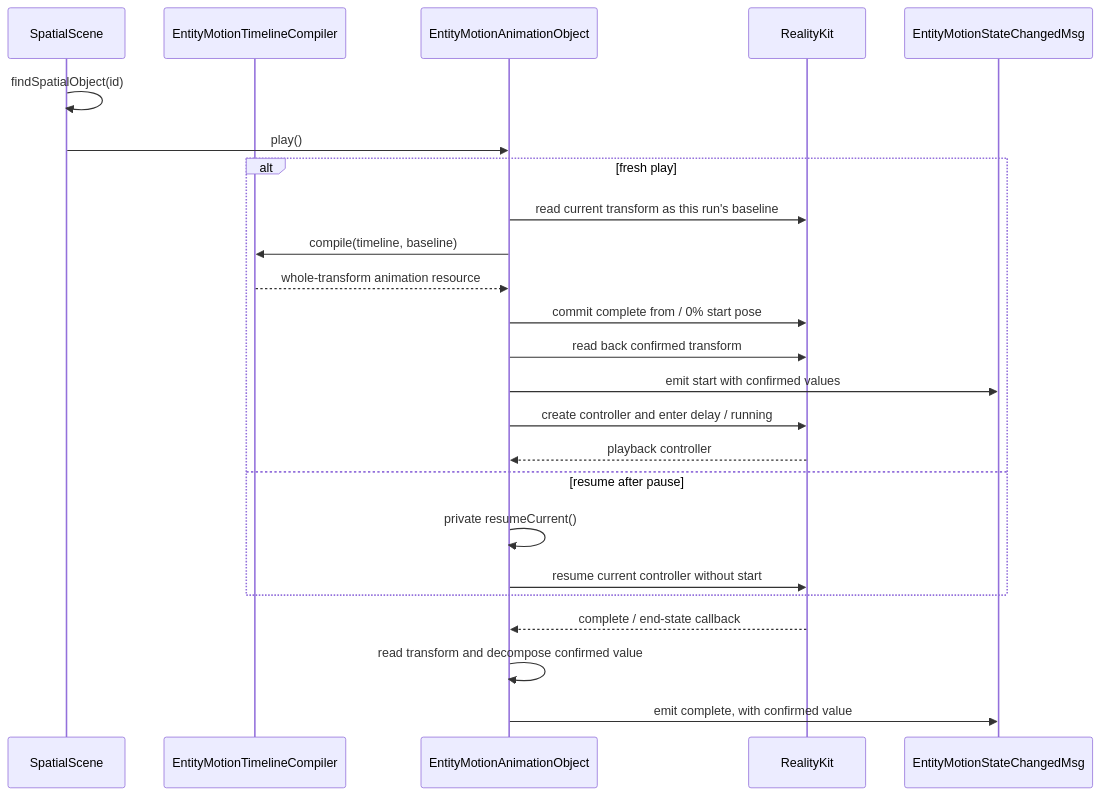
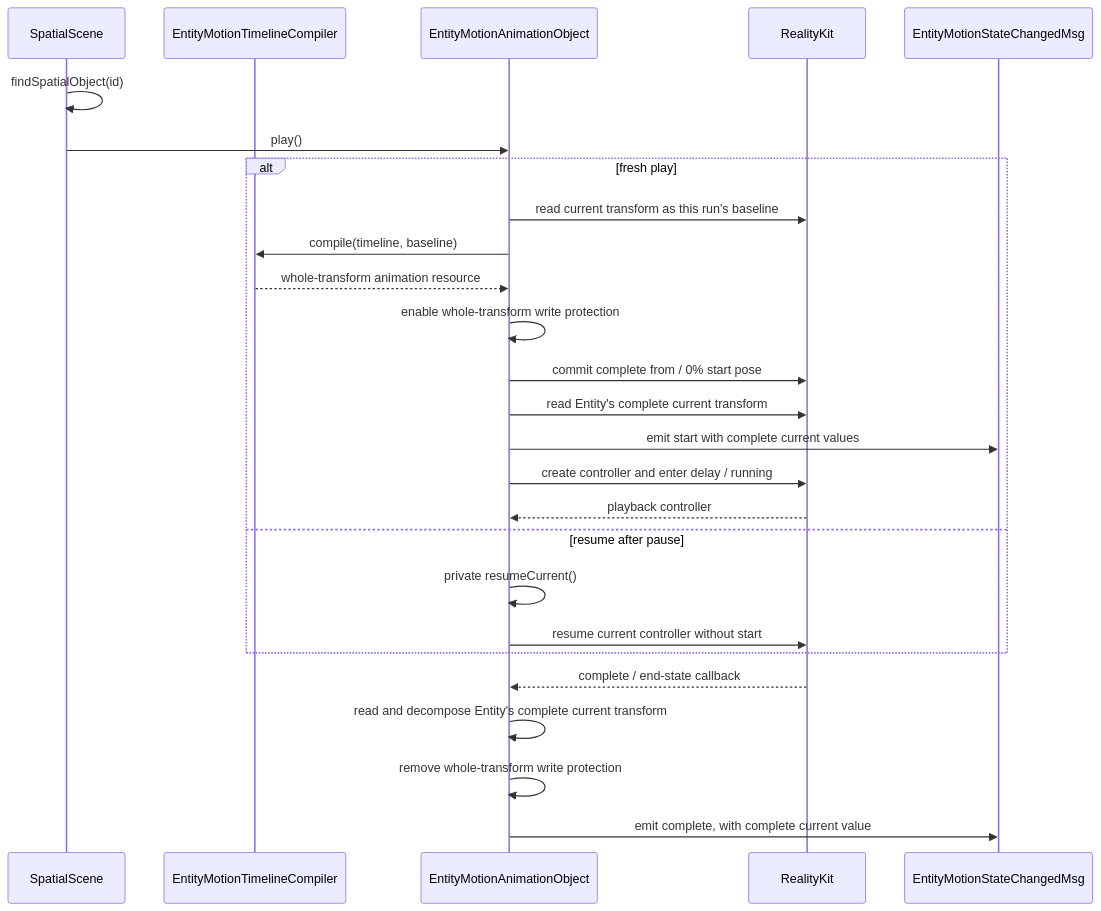
One commit to webspatial/webspatial-sdk changed diagram 11 of 14 in openspec/changes/redesign-entity-motion-api/design.md. Above: the diagram before and after it, drawn with Mermaid. The commit also changed other lines of this file and 7 other files, not shown here.

Commit message:
docs(openspec): clarify entity transform write protection and handoff

````diff
--- a/openspec/changes/redesign-entity-motion-api/design.md
+++ b/openspec/changes/redesign-entity-motion-api/design.md
@@ -1230,27 +1230,29 @@
 ```mermaid
 sequenceDiagram
     participant Scene as SpatialScene
     participant Compiler as EntityMotionTimelineCompiler
     participant Obj as EntityMotionAnimationObject
     participant RK as RealityKit
     participant Event as EntityMotionStateChangedMsg
 
     Scene->>Scene: findSpatialObject(id)
     Scene->>Obj: play()
     alt fresh play
         Obj->>RK: read current transform as this run's baseline
         Obj->>Compiler: compile(timeline, baseline)
         Compiler-->>Obj: whole-transform animation resource
+        Obj->>Obj: enable whole-transform write protection
         Obj->>RK: commit complete from / 0% start pose
-        Obj->>RK: read back confirmed transform
-        Obj->>Event: emit start with confirmed values
+        Obj->>RK: read Entity's complete current transform
+        Obj->>Event: emit start with complete current values
         Obj->>RK: create controller and enter delay / running
         RK-->>Obj: playback controller
     else resume after pause
         Obj->>Obj: private resumeCurrent()
         Obj->>RK: resume current controller without start
     end
     RK-->>Obj: complete / end-state callback
-    Obj->>Obj: read transform and decompose confirmed value
-    Obj->>Event: emit complete, with confirmed value
+    Obj->>Obj: read and decompose Entity's complete current transform
+    Obj->>Obj: remove whole-transform write protection
+    Obj->>Event: emit complete, with complete current value
 ```
````
